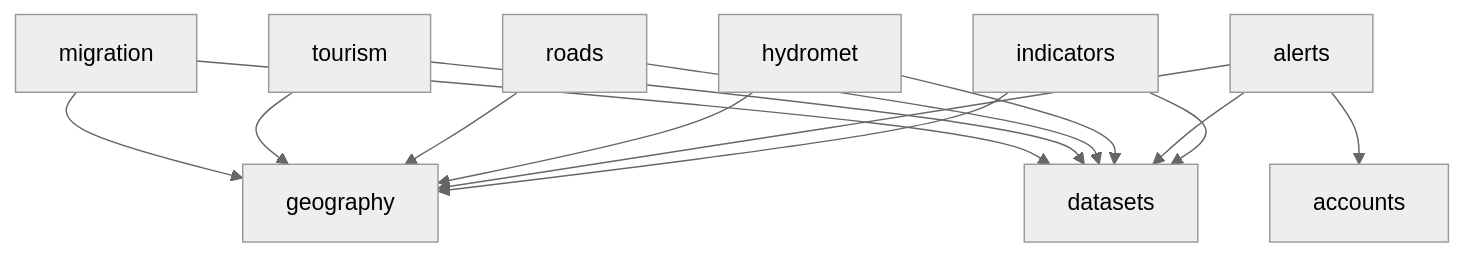
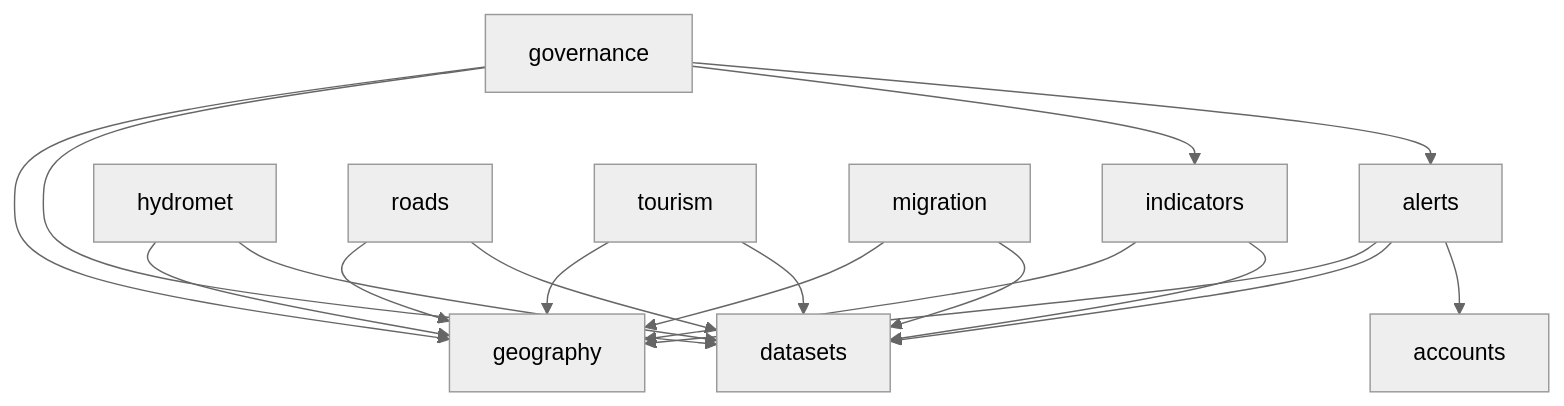
Before and after one commit to Prat05devs/pahadpulse: the first of 4 diagrams in project/overview.md, drawn with Mermaid (neutral theme). The commit also changed other lines of this file and 116 other files, not shown here.

````diff
--- a/project/overview.md
+++ b/project/overview.md
@@ -113,26 +114,31 @@
 ```mermaid
 flowchart TD
   geography[geography]
   datasets[datasets]
   accounts[accounts]
   indicators[indicators]
   alerts[alerts]
   hydromet[hydromet]
   roads[roads]
   tourism[tourism]
   migration[migration]
+  governance[governance]
 
   indicators --> geography
   indicators --> datasets
   alerts --> geography
   alerts --> datasets
   alerts --> accounts
   hydromet --> geography
   hydromet --> datasets
   roads --> geography
   roads --> datasets
   tourism --> geography
   tourism --> datasets
   migration --> geography
   migration --> datasets
+  governance --> geography
+  governance --> datasets
+  governance --> indicators
+  governance --> alerts
 ```
````
